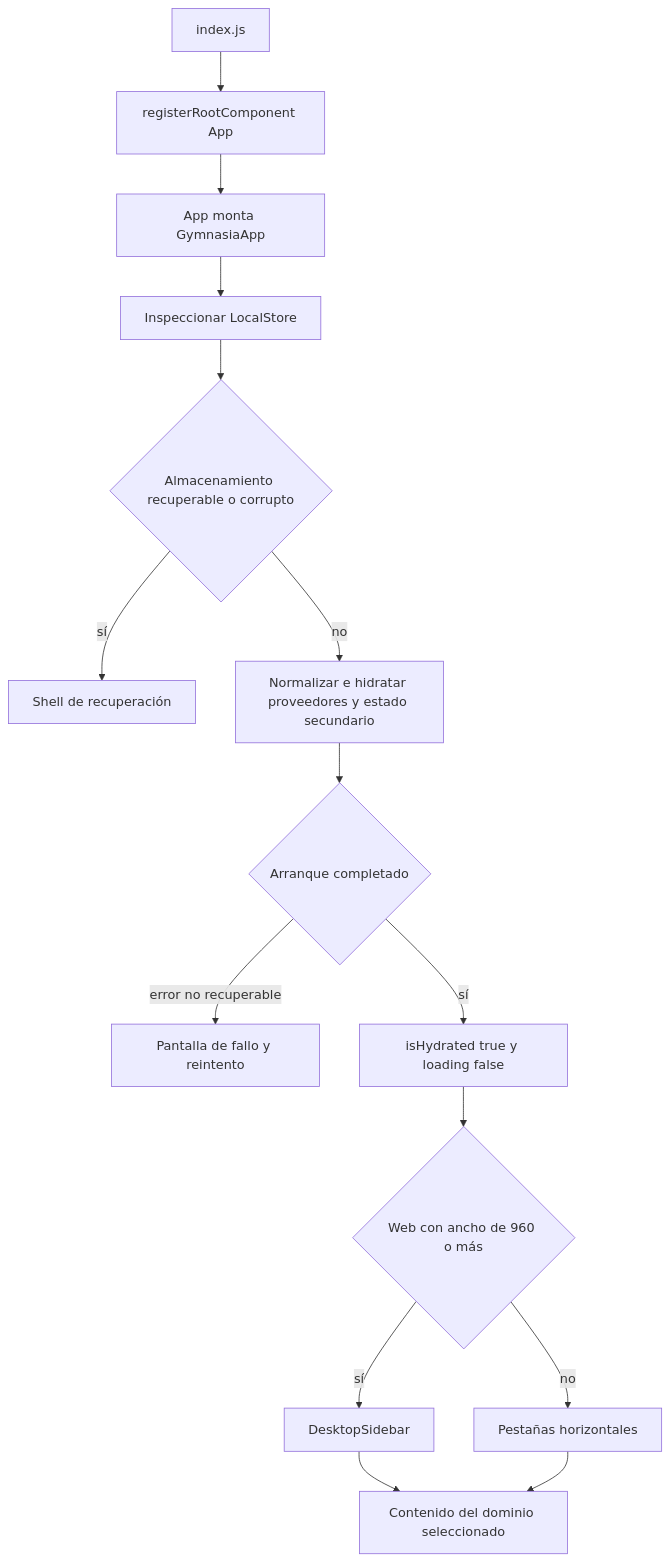
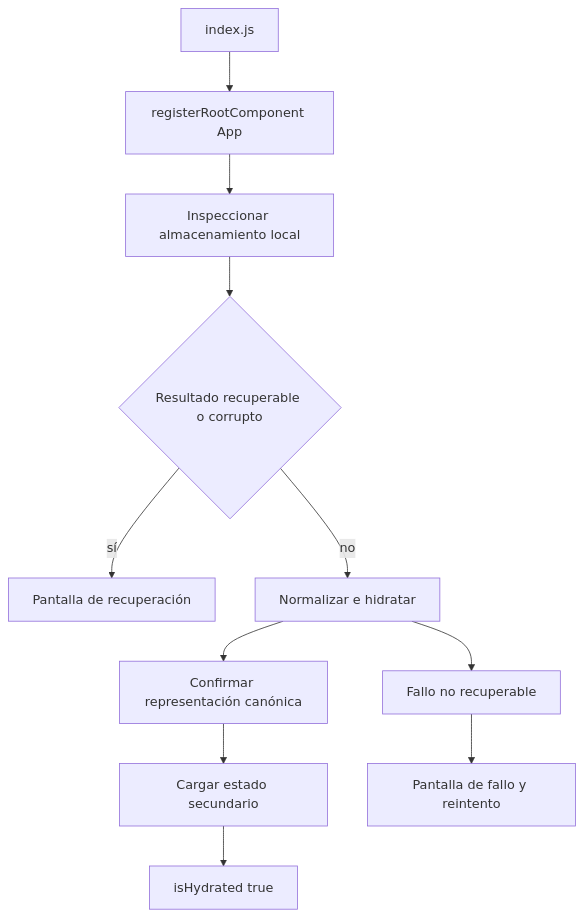
One commit to maximofn/gymnasia changed the first of 2 diagrams in openwiki/mobile/application-shell.md. Above: the diagram before and after it, drawn with Mermaid. The commit also changed other lines of this file and 50 other files, not shown here.

````diff
--- a/openwiki/mobile/application-shell.md
+++ b/openwiki/mobile/application-shell.md
@@ -39,17 +43,13 @@
 ```mermaid
 flowchart TD
     Entry["index.js"] --> Root["registerRootComponent App"]
-    Root --> Runtime["App monta GymnasiaApp"]
-    Runtime --> Inspect["Inspeccionar LocalStore"]
-    Inspect --> Damaged{"Almacenamiento recuperable o corrupto"}
-    Damaged -->|"sí"| Recovery["Shell de recuperación"]
-    Damaged -->|"no"| Hydrate["Normalizar e hidratar proveedores y estado secundario"]
-    Hydrate --> Checked{"Arranque completado"}
-    Checked -->|"error no recuperable"| Failure["Pantalla de fallo y reintento"]
-    Checked -->|"sí"| Ready["isHydrated true y loading false"]
-    Ready --> Platform{"Web con ancho de 960 o más"}
-    Platform -->|"sí"| Desktop["DesktopSidebar"]
-    Platform -->|"no"| Compact["Pestañas horizontales"]
-    Desktop --> Domain["Contenido del dominio seleccionado"]
-    Compact --> Domain
+    Root --> Inspect["Inspeccionar almacenamiento local"]
+    Inspect --> Quarantine{"Resultado recuperable o corrupto"}
+    Quarantine -->|"sí"| Recovery["Pantalla de recuperación"]
+    Quarantine -->|"no"| Normalize["Normalizar e hidratar"]
+    Normalize --> Commit["Confirmar representación canónica"]
+    Commit --> Secondary["Cargar estado secundario"]
+    Secondary --> Ready["isHydrated true"]
+    Normalize --> Failure["Fallo no recuperable"]
+    Failure --> Retry["Pantalla de fallo y reintento"]
 ```
````
